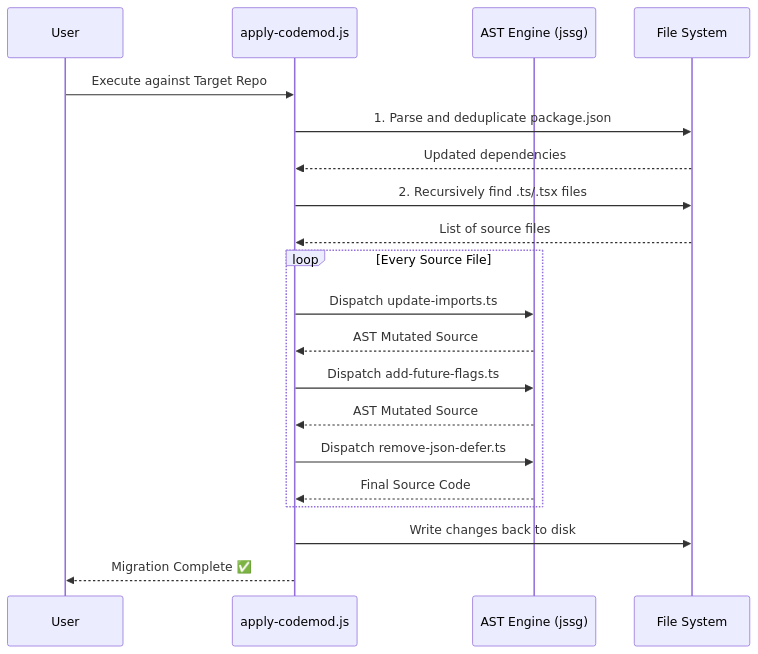
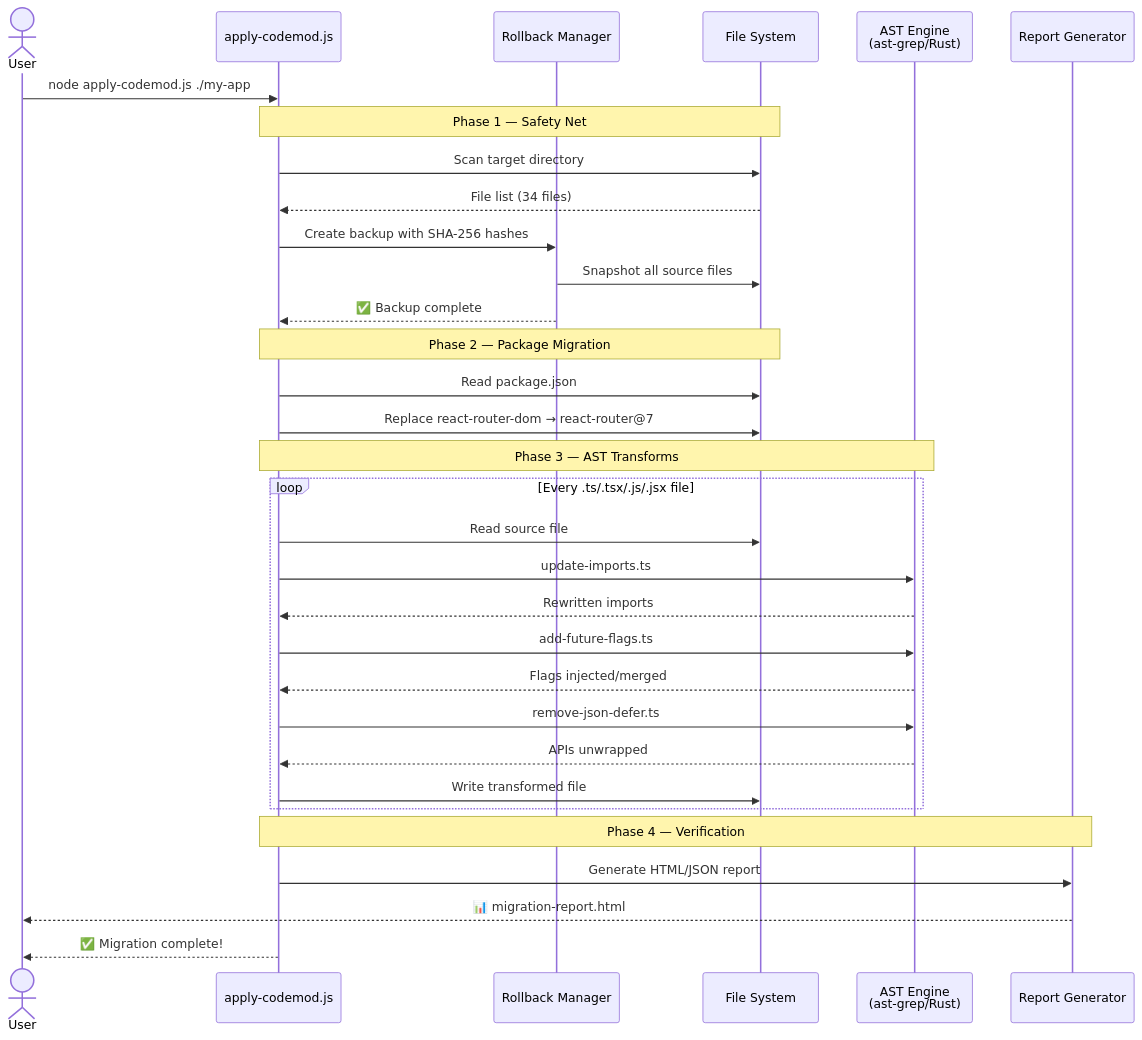
The third of 8 diagrams in docs/case-study.md (Ankit-raj-11/react-router-v6-to-v7), drawn with Mermaid before and after one commit. The commit also changed other lines of this file and 7 other files, not shown here.

````diff
--- a/docs/case-study.md
+++ b/docs/case-study.md
@@ -20,23 +169,39 @@
 ```mermaid
 sequenceDiagram
-    participant User
-    participant Runner as apply-codemod.js
-    participant AST as AST Engine (jssg)
+    actor User
+    participant CLI as apply-codemod.js
+    participant Backup as Rollback Manager
     participant FS as File System
-
-    User->>Runner: Execute against Target Repo
-    Runner->>FS: 1. Parse and deduplicate package.json
-    FS-->>Runner: Updated dependencies
-    Runner->>FS: 2. Recursively find .ts/.tsx files
-    FS-->>Runner: List of source files
-    loop Every Source File
-        Runner->>AST: Dispatch update-imports.ts
-        AST-->>Runner: AST Mutated Source
-        Runner->>AST: Dispatch add-future-flags.ts
-        AST-->>Runner: AST Mutated Source
-        Runner->>AST: Dispatch remove-json-defer.ts
-        AST-->>Runner: Final Source Code
+    participant AST as AST Engine<br/>(ast-grep/Rust)
+    participant Report as Report Generator
+    
+    User->>CLI: node apply-codemod.js ./my-app
+    
+    Note over CLI,FS: Phase 1 — Safety Net
+    CLI->>FS: Scan target directory
+    FS-->>CLI: File list (34 files)
+    CLI->>Backup: Create backup with SHA-256 hashes
+    Backup->>FS: Snapshot all source files
+    Backup-->>CLI: ✅ Backup complete
+    
+    Note over CLI,FS: Phase 2 — Package Migration
+    CLI->>FS: Read package.json
+    CLI->>FS: Replace react-router-dom → react-router@7
+    
+    Note over CLI,AST: Phase 3 — AST Transforms
+    loop Every .ts/.tsx/.js/.jsx file
+        CLI->>FS: Read source file
+        CLI->>AST: update-imports.ts
+        AST-->>CLI: Rewritten imports
+        CLI->>AST: add-future-flags.ts
+        AST-->>CLI: Flags injected/merged
+        CLI->>AST: remove-json-defer.ts
+        AST-->>CLI: APIs unwrapped
+        CLI->>FS: Write transformed file
     end
-    Runner->>FS: Write changes back to disk
-    Runner-->>User: Migration Complete ✅
+    
+    Note over CLI,Report: Phase 4 — Verification
+    CLI->>Report: Generate HTML/JSON report
+    Report-->>User: 📊 migration-report.html
+    CLI-->>User: ✅ Migration complete!
 ```
````
